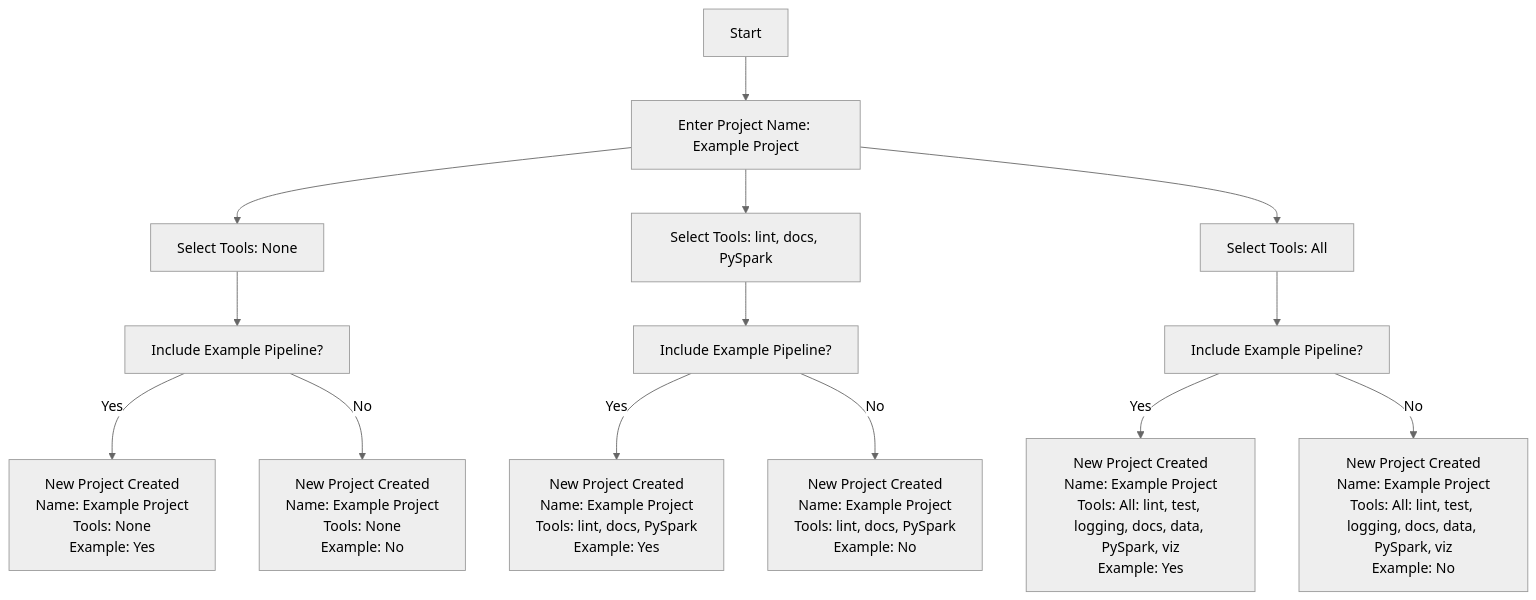
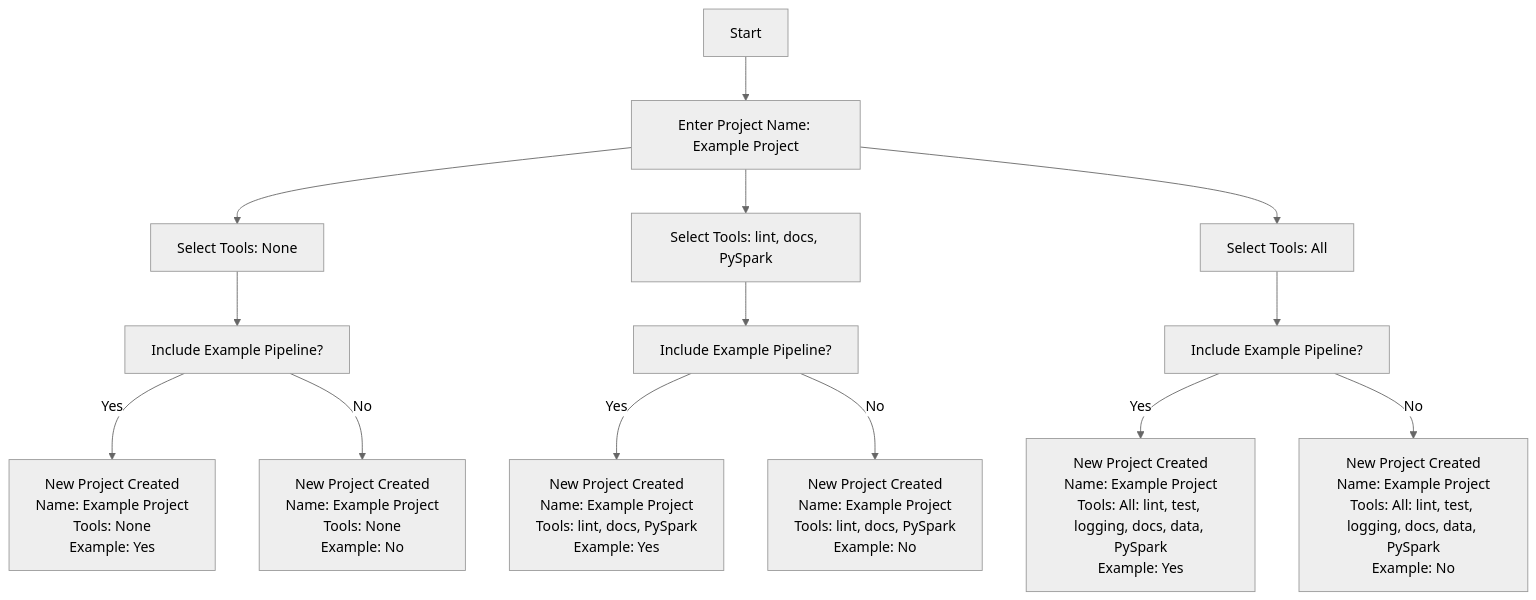
Before and after one commit to kedro-org/kedro: the diagram in docs/create/new_project_tools.md, drawn with Mermaid (neutral theme). The commit also changed other lines of this file and 1 other file, not shown here.

Commit message:
Remove viz from tools page

````diff
--- a/docs/create/new_project_tools.md
+++ b/docs/create/new_project_tools.md
@@ -264,16 +258,16 @@
 ```mermaid
 flowchart TD
     A[Start] --> B[Enter Project Name: Example Project]
     B --> C3[Select Tools: None]
     B --> C1[Select Tools: lint, docs, PySpark]
     B --> C2[Select Tools: All]
     C1 --> D1[Include Example Pipeline?]
     C2 --> D2[Include Example Pipeline?]
     C3 --> D3[Include Example Pipeline?]
-    D1 -- Yes --> E1[New Project Created\nName: Example Project\nTools: lint, docs, PySpark\nExample: Yes]
-    D1 -- No --> E2[New Project Created\nName: Example Project\nTools: lint, docs, PySpark\nExample: No]
-    D2 -- Yes --> F1[New Project Created\nName: Example Project\nTools: All: lint, test, logging, docs, data, PySpark, viz\nExample: Yes]
-    D2 -- No --> F2[New Project Created\nName: Example Project\nTools: All: lint, test, logging, docs, data, PySpark, viz\nExample: No]
-    D3 -- Yes --> G1[New Project Created\nName: Example Project\nTools: None\nExample: Yes]
-    D3 -- No --> G2[New Project Created\nName: Example Project\nTools: None\nExample: No]
+    D1 -- Yes --> E1["New Project Created\nName: Example Project\nTools: lint, docs, PySpark\nExample: Yes"]
+    D1 -- No --> E2["New Project Created\nName: Example Project\nTools: lint, docs, PySpark\nExample: No"]
+    D2 -- Yes --> F1["New Project Created\nName: Example Project\nTools: All: lint, test, logging, docs, data, PySpark\nExample: Yes"]
+    D2 -- No --> F2["New Project Created\nName: Example Project\nTools: All: lint, test, logging, docs, data, PySpark\nExample: No"]
+    D3 -- Yes --> G1["New Project Created\nName: Example Project\nTools: None\nExample: Yes"]
+    D3 -- No --> G2["New Project Created\nName: Example Project\nTools: None\nExample: No"]
 ```
````
